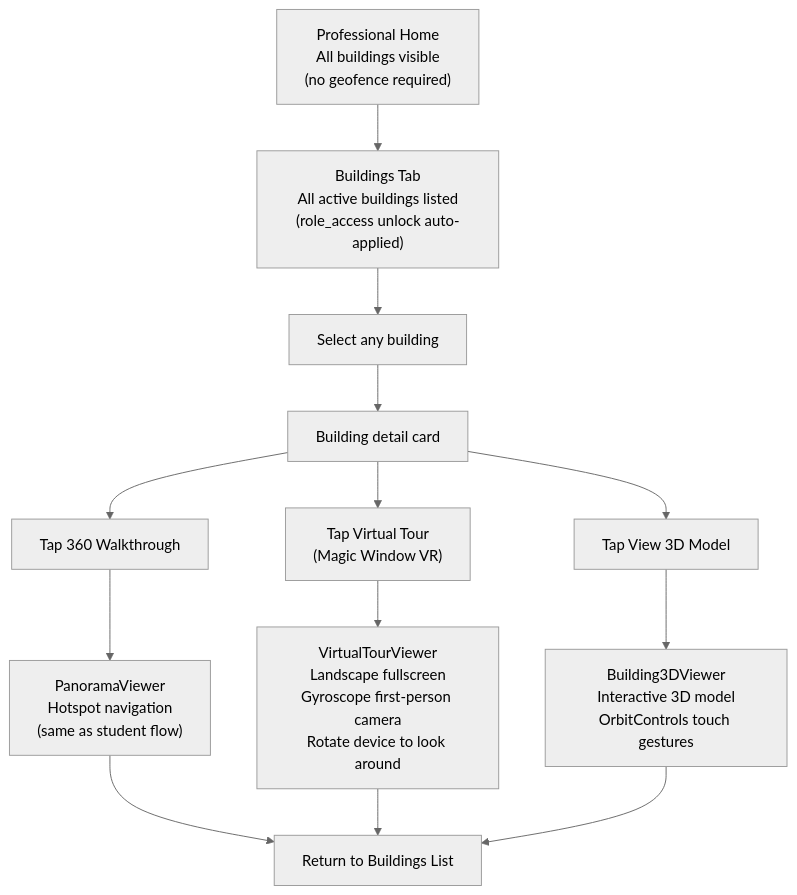
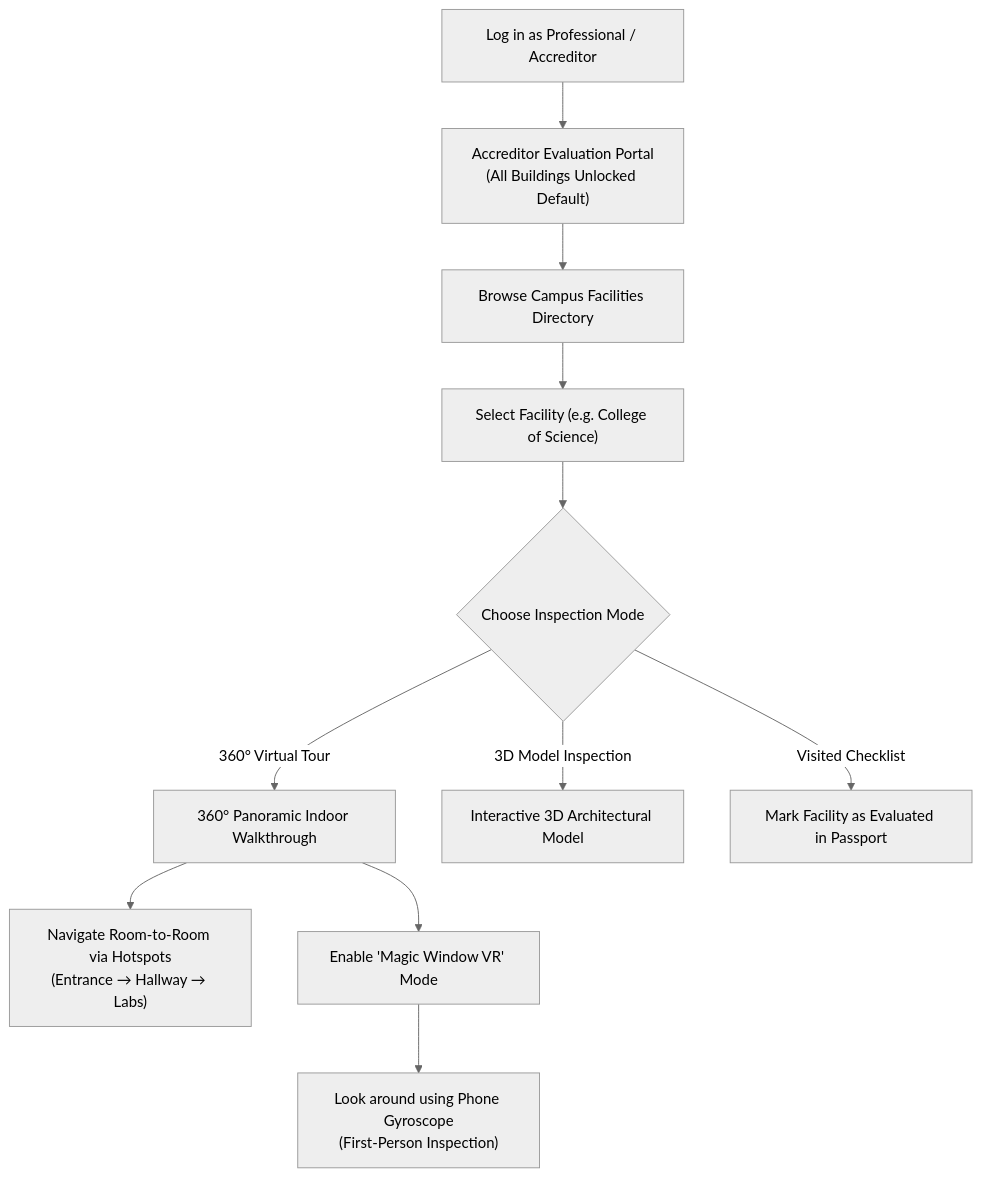
The third of 6 diagrams in user-flow.md (Cipher-Syntax/ARQuest), drawn with Mermaid (neutral theme) before and after one commit. The commit also changed other lines of this file and 10 other files, not shown here.

Commit message:
feat(web): redesign Admin Dashboard with real-time KPIs, foot traffic charts, and content coverage; synchronize all 9 system architecture docs

````diff
--- a/user-flow.md
+++ b/user-flow.md
@@ -177,23 +82,18 @@
 ```mermaid
 flowchart TD
-    PROF_HOME["Professional Home\nAll buildings visible\n(no geofence required)"]
+    PROF_LOGIN["Log in as Professional / Accreditor"]
+    PROF_LOGIN --> PROF_PORTAL["Accreditor Evaluation Portal\n(All Buildings Unlocked Default)"]
 
-    PROF_HOME --> BLDG_LIST["Buildings Tab\nAll active buildings listed\n(role_access unlock auto-applied)"]
+    PROF_PORTAL --> DIRECTORY["Browse Campus Facilities Directory"]
+    DIRECTORY --> SELECT_BLDG["Select Facility (e.g. College of Science)"]
 
-    BLDG_LIST --> SELECT["Select any building"]
-    SELECT --> DETAIL["Building detail card"]
+    SELECT_BLDG --> EVAL_CHOICE{"Choose Inspection Mode"}
 
-    DETAIL --> OPT1["Tap 360 Walkthrough"]
-    DETAIL --> OPT2["Tap Virtual Tour\n(Magic Window VR)"]
-    DETAIL --> OPT3["Tap View 3D Model"]
+    EVAL_CHOICE -->|"360° Virtual Tour"| PANO_VIEW["360° Panoramic Indoor Walkthrough"]
+    EVAL_CHOICE -->|"3D Model Inspection"| MODEL_VIEW["Interactive 3D Architectural Model"]
+    EVAL_CHOICE -->|"Visited Checklist"| CHECKLIST["Mark Facility as Evaluated in Passport"]
 
-    OPT1 --> PANO_VIEW["PanoramaViewer\nHotspot navigation\n(same as student flow)"]
-
-    OPT2 --> VT_VIEW["VirtualTourViewer\nLandscape fullscreen\nGyroscope first-person camera\nRotate device to look around"]
-
-    OPT3 --> VIEWER_3D["Building3DViewer\nInteractive 3D model\nOrbitControls touch gestures"]
-
-    PANO_VIEW --> BACK["Return to Buildings List"]
-    VT_VIEW --> BACK
-    VIEWER_3D --> BACK
+    PANO_VIEW --> HOTSPOTS["Navigate Room-to-Room via Hotspots\n(Entrance → Hallway → Labs)"]
+    PANO_VIEW --> VR_TOGGLE["Enable 'Magic Window VR' Mode"]
+    VR_TOGGLE --> GYRO["Look around using Phone Gyroscope\n(First-Person Inspection)"]
 ```
````
